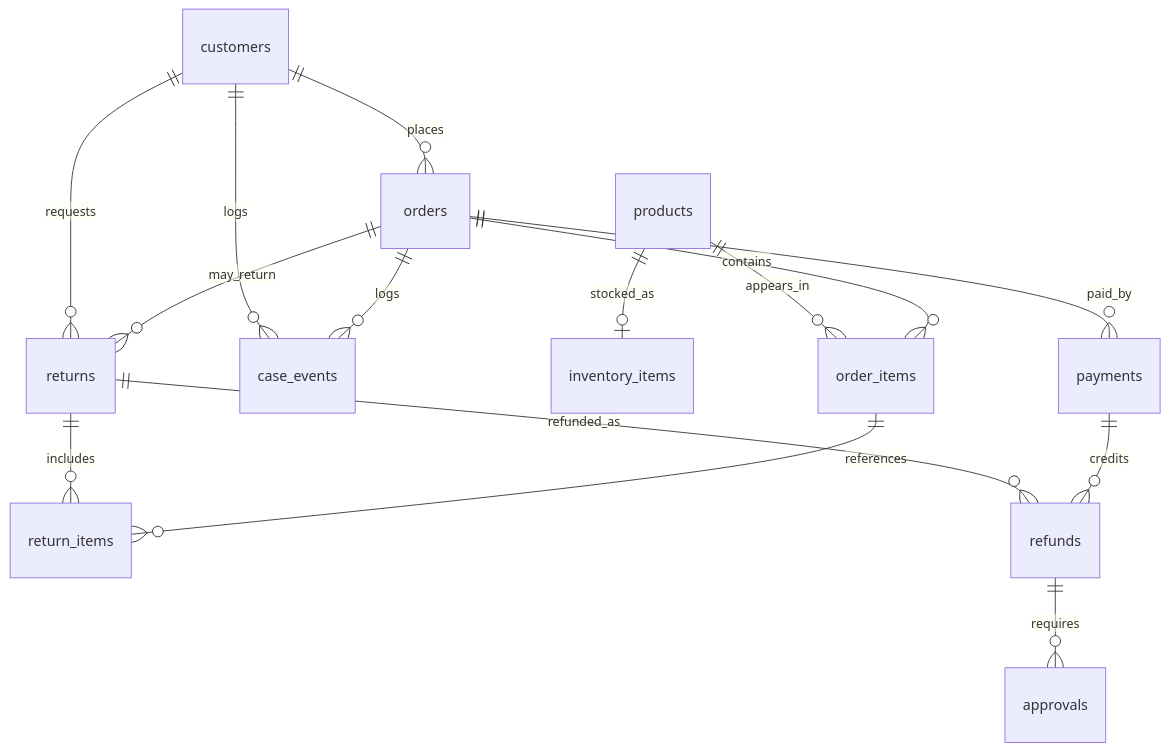
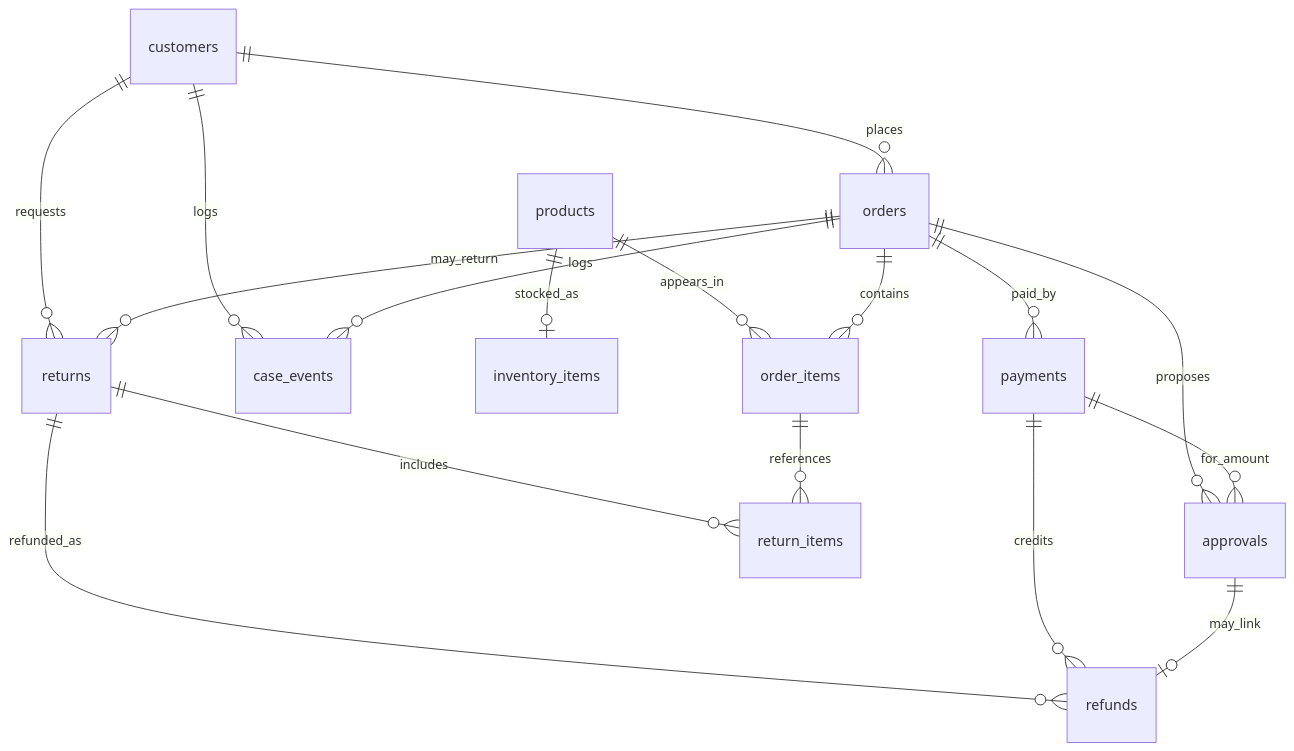
Before and after one commit to sybase91/agent-reliability-lab: the third of 4 diagrams in docs/ARCHITECTURE.md, drawn with Mermaid. The commit also changed other lines of this file and 11 other files, not shown here.

````diff
--- a/docs/ARCHITECTURE.md
+++ b/docs/ARCHITECTURE.md
@@ -118,17 +120,19 @@
 ```mermaid
 erDiagram
     customers ||--o{ orders : places
     customers ||--o{ returns : requests
     customers ||--o{ case_events : logs
     products ||--o| inventory_items : stocked_as
     products ||--o{ order_items : appears_in
     orders ||--o{ order_items : contains
     orders ||--o{ payments : paid_by
     orders ||--o{ returns : may_return
+    orders ||--o{ approvals : proposes
     orders ||--o{ case_events : logs
+    payments ||--o{ approvals : for_amount
     returns ||--o{ return_items : includes
     order_items ||--o{ return_items : references
     returns ||--o{ refunds : refunded_as
     payments ||--o{ refunds : credits
-    refunds ||--o{ approvals : requires
+    approvals ||--o| refunds : may_link
 ```
````
